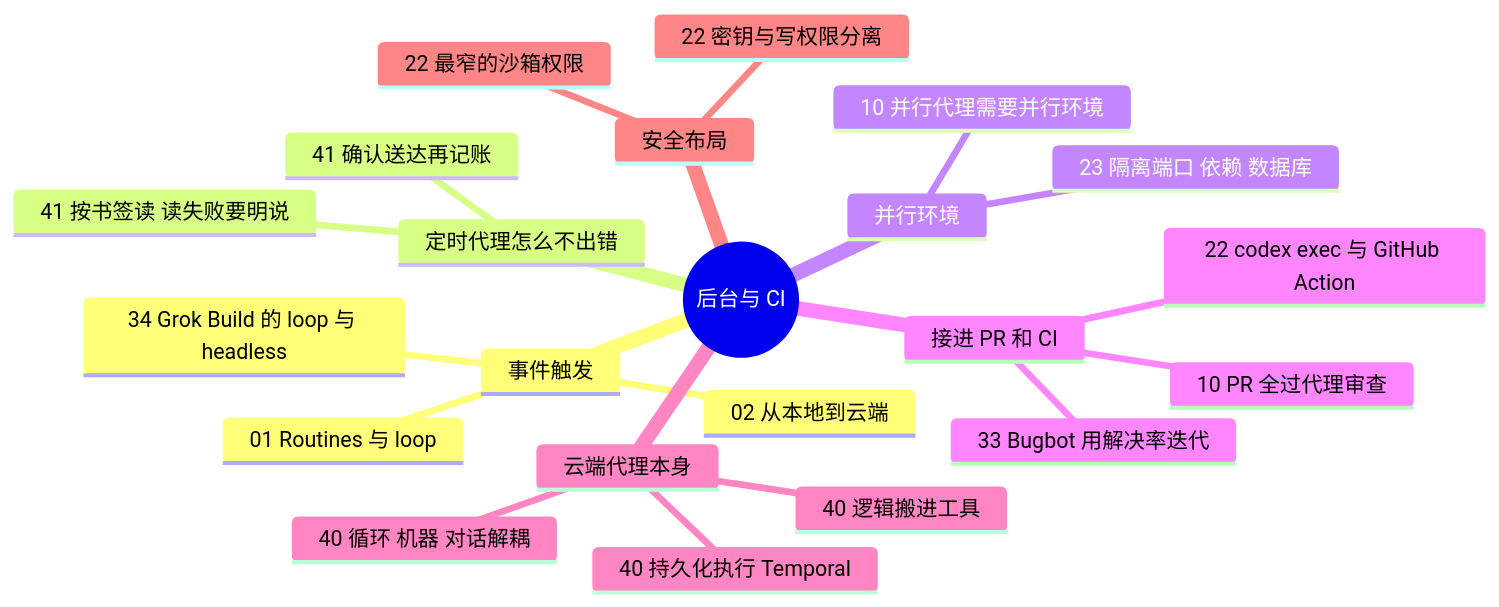
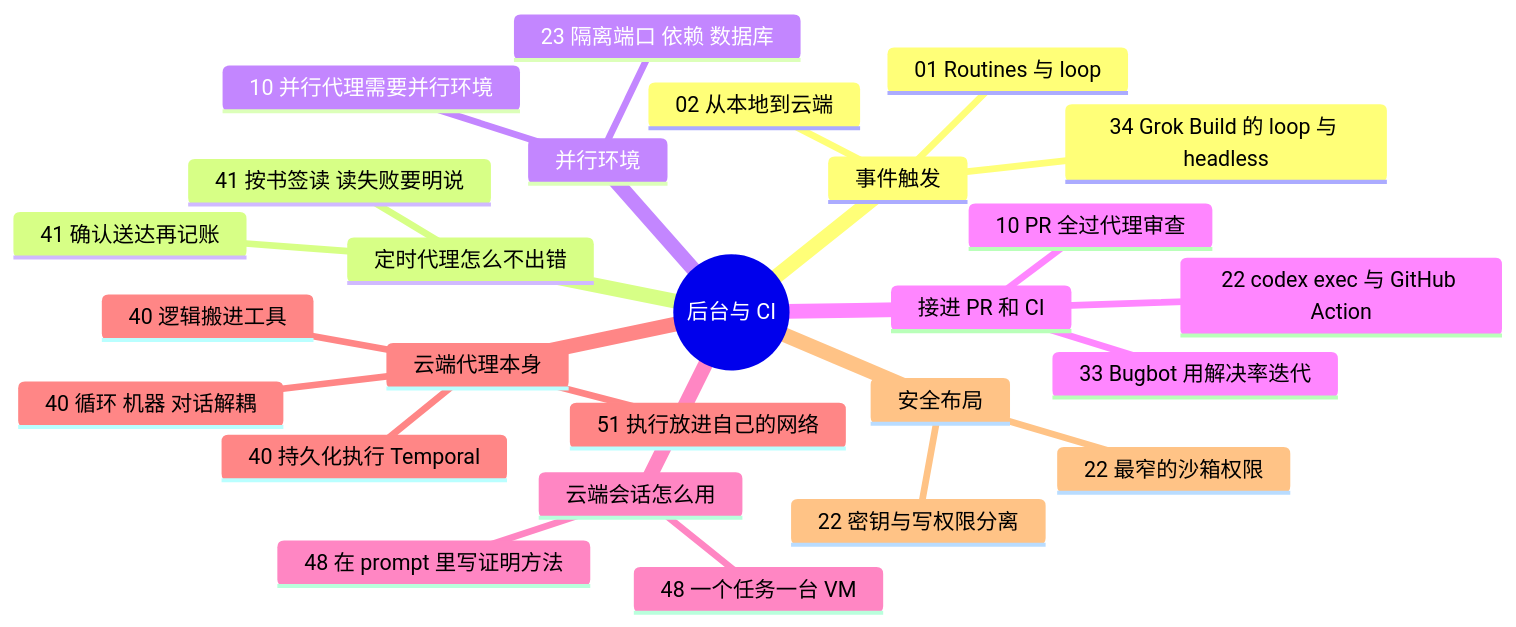
Before and after one commit to yzw7489757/ai-coding-videos: the diagram in docs/guide/automation.md, drawn with Mermaid. The commit also changed other lines of this file and 22 other files, not shown here.

````diff
--- a/docs/guide/automation.md
+++ b/docs/guide/automation.md
@@ -13,25 +13,29 @@
 ```mermaid
 mindmap
   root((后台与 CI))
     事件触发
       01 Routines 与 loop
       02 从本地到云端
       34 Grok Build 的 loop 与 headless
     定时代理怎么不出错
       41 按书签读 读失败要明说
       41 确认送达再记账
     并行环境
       10 并行代理需要并行环境
       23 隔离端口 依赖 数据库
     接进 PR 和 CI
       10 PR 全过代理审查
       22 codex exec 与 GitHub Action
       33 Bugbot 用解决率迭代
+    云端会话怎么用
+      48 一个任务一台 VM
+      48 在 prompt 里写证明方法
     云端代理本身
       40 持久化执行 Temporal
       40 循环 机器 对话解耦
       40 逻辑搬进工具
+      51 执行放进自己的网络
     安全布局
       22 密钥与写权限分离
       22 最窄的沙箱权限
 ```
````
